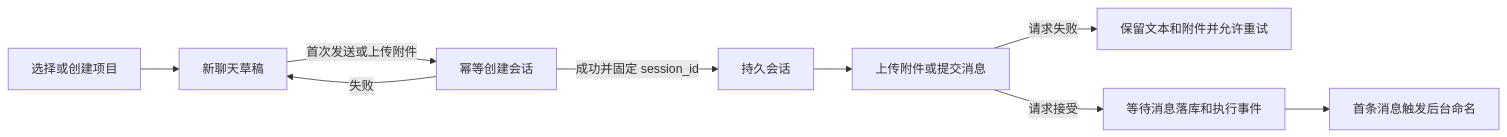
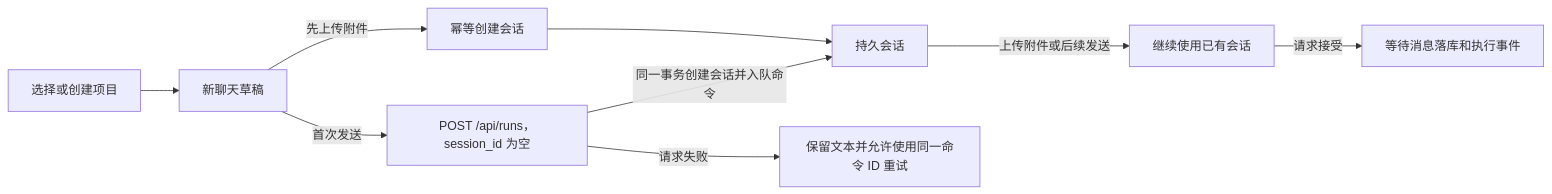
Before and after one commit to doubleu8190/Athena: the diagram in backend/docs/project-chat-management-design.md, drawn with Mermaid. The commit also changed other lines of this file and 49 other files, not shown here.

````diff
--- a/backend/docs/project-chat-management-design.md
+++ b/backend/docs/project-chat-management-design.md
@@ -68,11 +68,11 @@
 ```mermaid
 flowchart LR
     P[选择或创建项目] --> D[新聊天草稿]
-    D -->|首次发送或上传附件| C[幂等创建会话]
-    C -->|失败| D
-    C -->|成功并固定 session_id| S[持久会话]
-    S --> U[上传附件或提交消息]
-    U -->|请求失败| R[保留文本和附件并允许重试]
-    U -->|请求接受| M[等待消息落库和执行事件]
-    M --> T[首条消息触发后台命名]
+    D -->|首次发送| U[POST /api/runs，session_id 为空]
+    D -->|先上传附件| C[幂等创建会话]
+    U -->|同一事务创建会话并入队命令| S[持久会话]
+    C --> S
+    S -->|上传附件或后续发送| M[继续使用已有会话]
+    U -->|请求失败| R[保留文本并允许使用同一命令 ID 重试]
+    M -->|请求接受| E[等待消息落库和执行事件]
 ```
````
